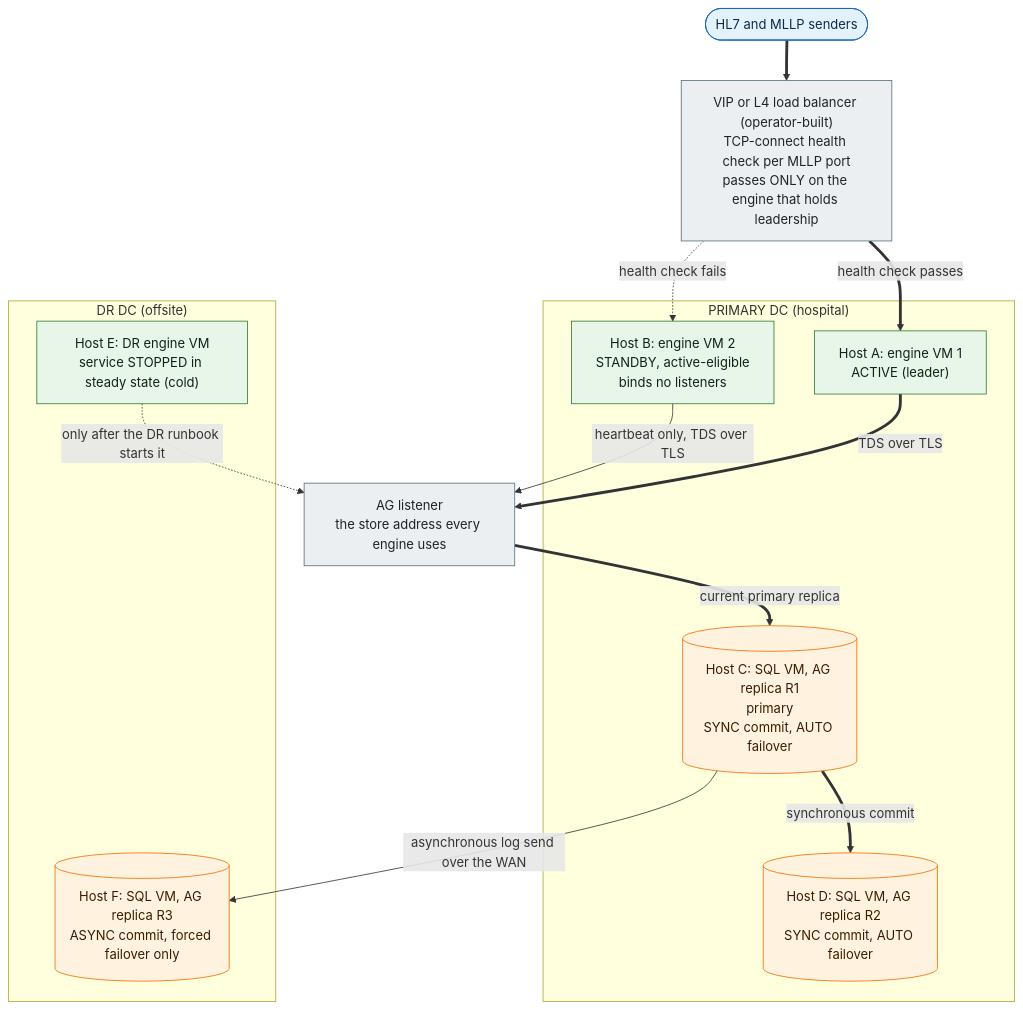
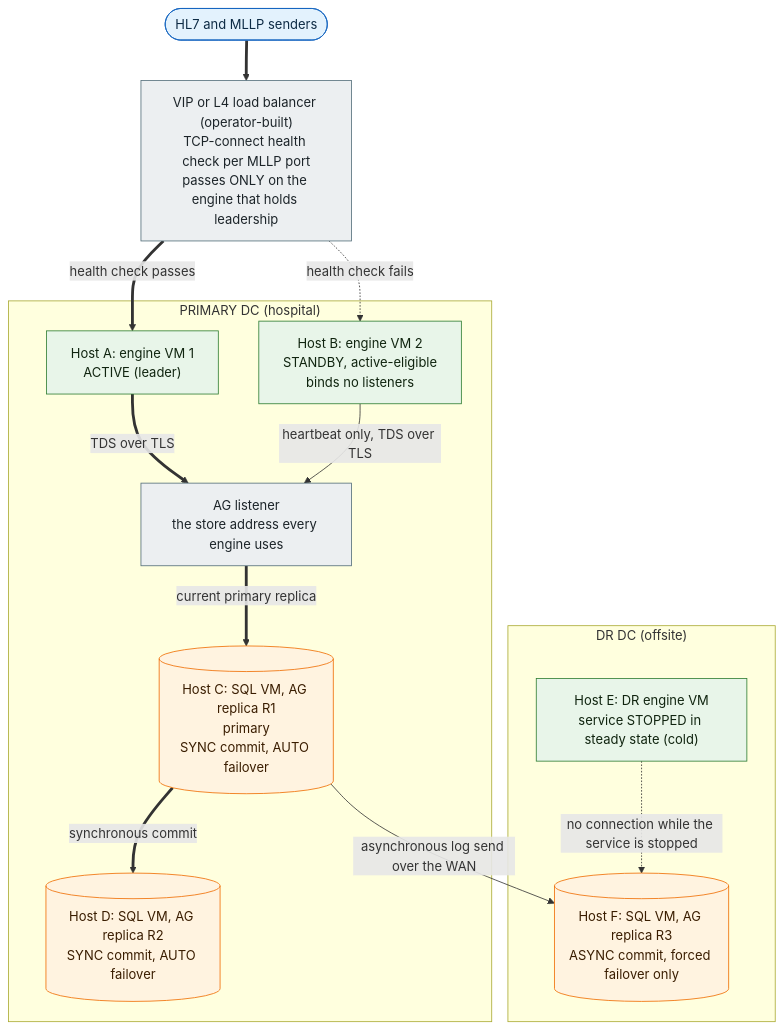
Before and after one commit to MEFORORG/MessageFoundry: the diagram in docs/AOAG-DEPLOYMENT.md, drawn with Mermaid. The commit also changed other lines of this file and 2 other files, not shown here.

First line of the commit message:
docs: apply code-review round 1 to the HA and engine shard diagrams

````diff
--- a/docs/AOAG-DEPLOYMENT.md
+++ b/docs/AOAG-DEPLOYMENT.md
@@ -57,34 +57,33 @@
 ```mermaid
 flowchart TB
   classDef io fill:#e3f2fd,stroke:#1565c0,color:#0d2b45;
   classDef ext fill:#eceff1,stroke:#546e7a,color:#1c2429;
   classDef core fill:#e8f5e9,stroke:#2e7d32,color:#10240f;
   classDef store fill:#fff3e0,stroke:#ef6c00,color:#3a1d00;
 
   HL7_SENDERS(["HL7 and MLLP senders"]):::io
   L4_LB["VIP or L4 load balancer (operator-built)<br/>TCP-connect health check per MLLP port<br/>passes ONLY on the engine that holds leadership"]:::ext
 
   subgraph PRIMARY_DC["PRIMARY DC (hospital)"]
     ENGINE_1["Host A: engine VM 1<br/>ACTIVE (leader)"]:::core
     ENGINE_2["Host B: engine VM 2<br/>STANDBY, active-eligible<br/>binds no listeners"]:::core
+    AG_LISTENER["AG listener<br/>the store address every engine uses"]:::ext
     AG_R1[("Host C: SQL VM, AG replica R1<br/>primary<br/>SYNC commit, AUTO failover")]:::store
     AG_R2[("Host D: SQL VM, AG replica R2<br/>SYNC commit, AUTO failover")]:::store
   end
-
-  AG_LISTENER["AG listener<br/>the store address every engine uses"]:::ext
 
   subgraph DR_DC["DR DC (offsite)"]
     ENGINE_DR["Host E: DR engine VM<br/>service STOPPED in steady state (cold)"]:::core
     AG_R3[("Host F: SQL VM, AG replica R3<br/>ASYNC commit, forced failover only")]:::store
   end
 
   HL7_SENDERS ==> L4_LB
   L4_LB ==>|"health check passes"| ENGINE_1
   L4_LB -.->|"health check fails"| ENGINE_2
   ENGINE_1 ==>|"TDS over TLS"| AG_LISTENER
   ENGINE_2 -->|"heartbeat only, TDS over TLS"| AG_LISTENER
-  ENGINE_DR -.->|"only after the DR runbook starts it"| AG_LISTENER
   AG_LISTENER ==>|"current primary replica"| AG_R1
   AG_R1 ==>|"synchronous commit"| AG_R2
   AG_R1 -->|"asynchronous log send over the WAN"| AG_R3
+  ENGINE_DR -.->|"no connection while the service is stopped"| AG_R3
 ```
````
